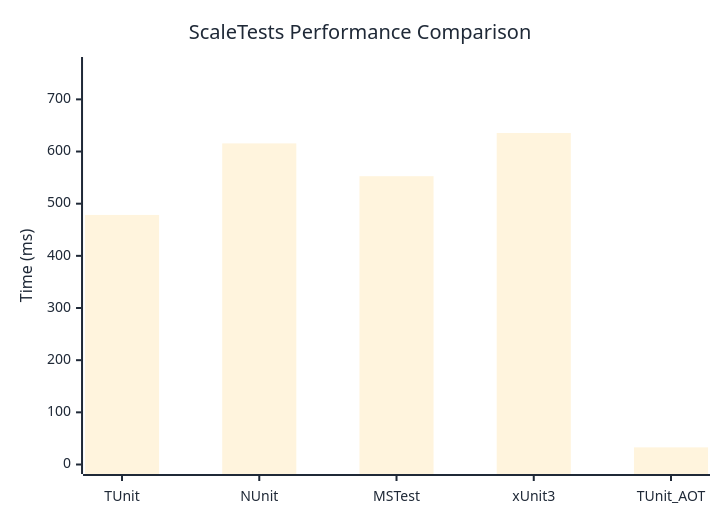
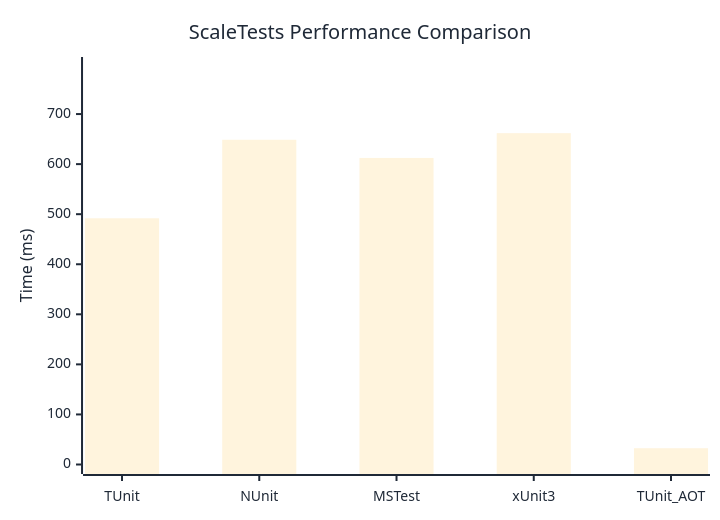
Before and after one commit to thomhurst/TUnit: the diagram in docs/docs/benchmarks/ScaleTests.md, drawn with Mermaid. The commit also changed other lines of this file and 17 other files, not shown here.

````diff
--- a/docs/docs/benchmarks/ScaleTests.md
+++ b/docs/docs/benchmarks/ScaleTests.md
@@ -27,37 +27,37 @@
 ```mermaid
 %%{init: {
   'theme':'base',
   'themeVariables': {
     'primaryColor': '#2563eb',
     'primaryTextColor': '#1f2937',
     'primaryBorderColor': '#1e40af',
     'lineColor': '#6b7280',
     'secondaryColor': '#7c3aed',
     'tertiaryColor': '#dc2626',
     'background': '#ffffff',
     'mainBkg': '#2563eb',
     'secondBkg': '#7c3aed',
     'tertiaryBkg': '#dc2626',
     'clusterBkg': '#f3f4f6',
     'edgeLabelBackground': '#ffffff',
     'tertiaryTextColor': '#1f2937',
     'pie1': '#2563eb',
     'pie2': '#7c3aed',
     'pie3': '#dc2626',
     'pie4': '#f59e0b',
     'pie5': '#10b981',
     'pie6': '#06b6d4',
     'pie7': '#ec4899',
     'pie8': '#6366f1',
     'pie9': '#84cc16',
     'pie10': '#f97316',
     'pie11': '#14b8a6',
     'pie12': '#a855f7'
   }
 }}%%
 xychart-beta
   title "ScaleTests Performance Comparison"
   x-axis ["TUnit", "NUnit", "MSTest", "xUnit3", "TUnit_AOT"]
-  y-axis "Time (ms)" 0 --> 763
-  bar [478.46, 615.58, 552.72, 635.5, 32.83]
+  y-axis "Time (ms)" 0 --> 795
+  bar [491.85, 648.65, 612.36, 661.86, 32.51]
 ```
````
